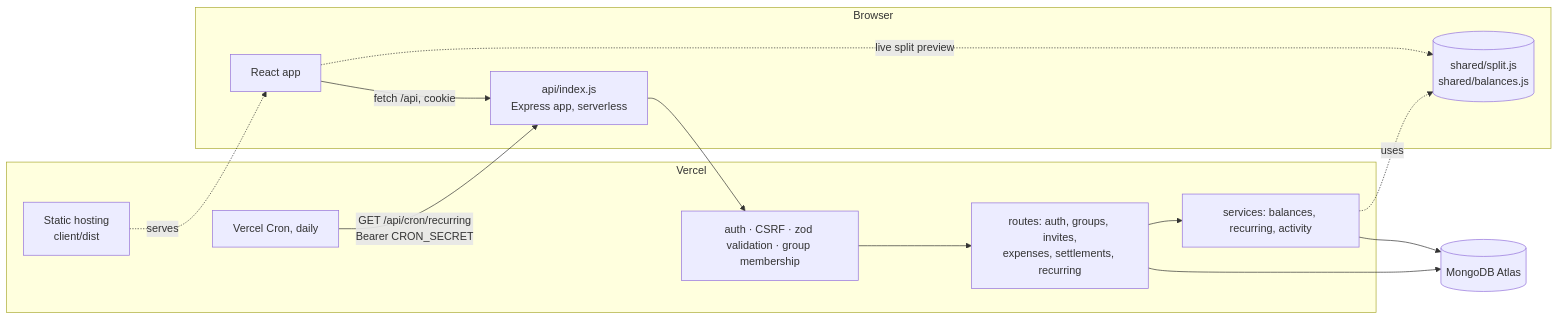
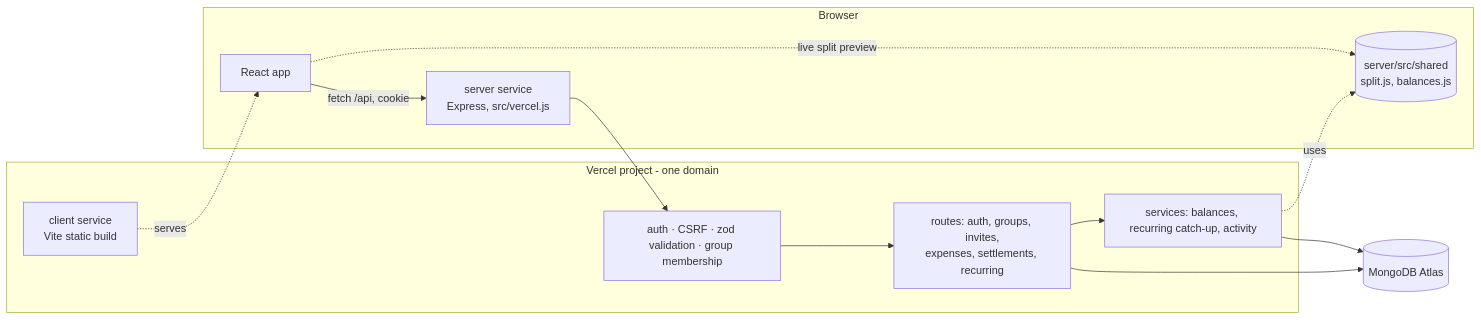
The diagram in README.md (sanjyotbodhe/hisaab), drawn with Mermaid before and after one commit. The commit also changed other lines of this file and 1 other file, not shown here.

Commit message:
Document the Vercel Services deployment

````diff
--- a/README.md
+++ b/README.md
@@ -48,17 +48,16 @@
 ```mermaid
 flowchart LR
   subgraph Browser
     UI[React app] -->|fetch /api, cookie| API
-    UI -. live split preview .-> SH[(shared/split.js<br/>shared/balances.js)]
+    UI -. live split preview .-> SH[(server/src/shared<br/>split.js, balances.js)]
   end
-  subgraph Vercel
-    CDN[Static hosting<br/>client/dist] -.serves.-> UI
-    API[api/index.js<br/>Express app, serverless] --> MW[auth · CSRF · zod validation · group membership]
+  subgraph Vercel project - one domain
+    CL[client service<br/>Vite static build] -.serves.-> UI
+    API[server service<br/>Express, src/vercel.js] --> MW[auth · CSRF · zod validation · group membership]
     MW --> R[routes: auth, groups, invites,<br/>expenses, settlements, recurring]
-    R --> S[services: balances, recurring, activity]
+    R --> S[services: balances, recurring catch-up, activity]
     S -.uses.-> SH
-    CRON[Vercel Cron, daily] -->|GET /api/cron/recurring<br/>Bearer CRON_SECRET| API
   end
   S --> DB[(MongoDB Atlas)]
   R --> DB
 ```
````
